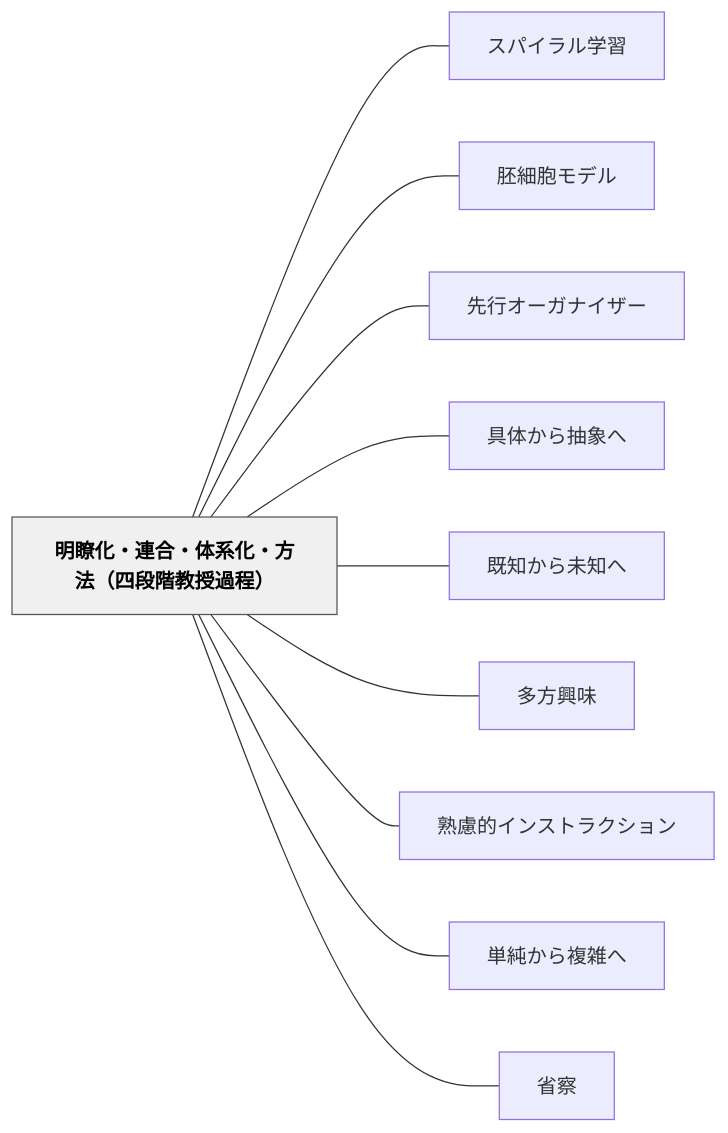
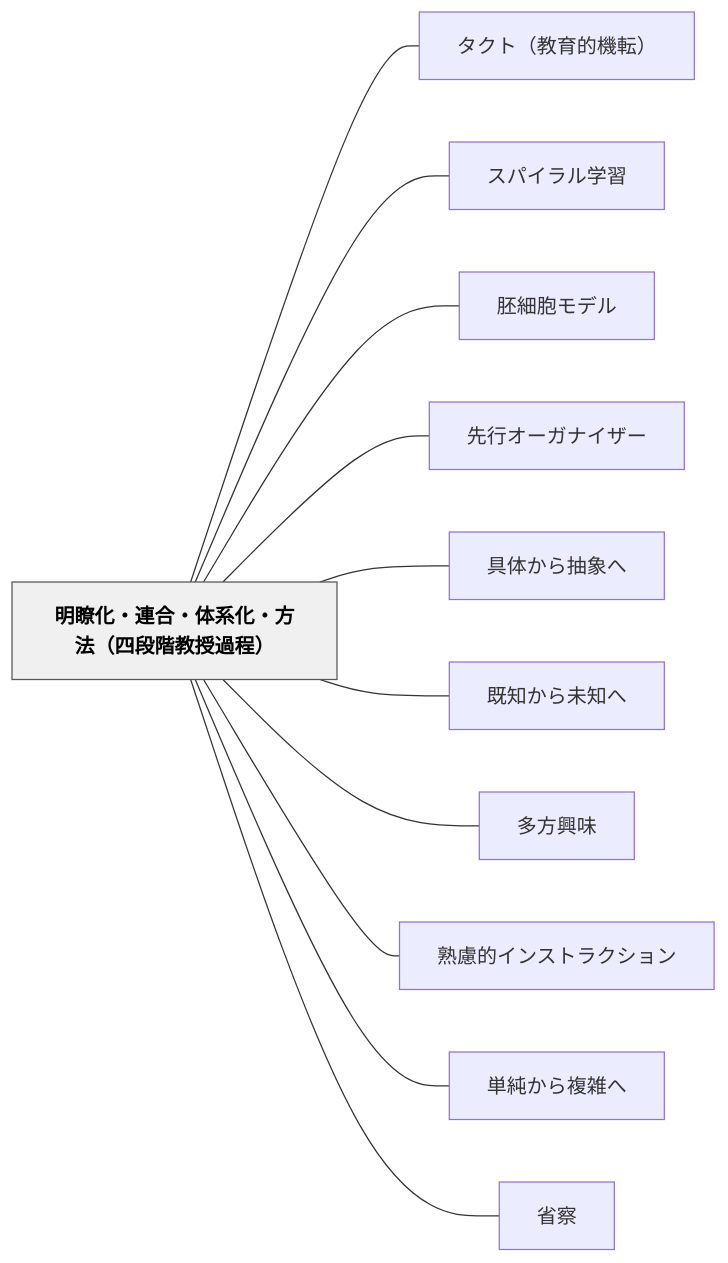
One commit to unknownthings-ed-patterns/unknownthings-ed-patterns changed the diagram in content/パタン/明瞭化・連合・体系化・方法（四段階教授過程）.md. Above: the diagram before and after it, drawn with Mermaid. The commit also changed other lines of this file and 12 other files, not shown here.

````diff
--- a/content/パタン/明瞭化・連合・体系化・方法（四段階教授過程）.md
+++ b/content/パタン/明瞭化・連合・体系化・方法（四段階教授過程）.md
@@ -118,26 +118,28 @@
 ```mermaid
 flowchart LR
     ne6988ee79eade58c96e383bbe980a3e59088e383bbe4bd93e7b3bbe58c96e383bbe696b9e6b395efbc88e59b9be6aeb5e99a8ee69599e68e88e9818ee7a88befbc89["明瞭化・連合・体系化・方法（四段階教授過程）"]
+    ne382bfe382afe38388efbc88e69599e882b2e79a84e6a99fe8bba2efbc89["タクト（教育的機転）"]
     ne382b9e38391e382a4e383a9e383abe5ada6e7bf92["スパイラル学習"]
     ne8839ae7b4b0e8839ee383a2e38387e383ab["胚細胞モデル"]
     ne58588e8a18ce382aae383bce382ace3838ae382a4e382b6e383bc["先行オーガナイザー"]
     ne585b7e4bd93e3818be38289e68abde8b1a1e381b8["具体から抽象へ"]
     ne697a2e79fa5e3818be38289e69caae79fa5e381b8["既知から未知へ"]
     ne5a49ae696b9e88888e591b3["多方興味"]
     ne7869fe685aee79a84e382a4e383b3e382b9e38388e383a9e382afe382b7e383a7e383b3["熟慮的インストラクション"]
     ne58d98e7b494e3818be38289e8a487e99b91e381b8["単純から複雑へ"]
     ne79c81e5af9f["省察"]
 
+    ne6988ee79eade58c96e383bbe980a3e59088e383bbe4bd93e7b3bbe58c96e383bbe696b9e6b395efbc88e59b9be6aeb5e99a8ee69599e68e88e9818ee7a88befbc89 --- ne382bfe382afe38388efbc88e69599e882b2e79a84e6a99fe8bba2efbc89
     ne6988ee79eade58c96e383bbe980a3e59088e383bbe4bd93e7b3bbe58c96e383bbe696b9e6b395efbc88e59b9be6aeb5e99a8ee69599e68e88e9818ee7a88befbc89 --- ne382b9e38391e382a4e383a9e383abe5ada6e7bf92
     ne6988ee79eade58c96e383bbe980a3e59088e383bbe4bd93e7b3bbe58c96e383bbe696b9e6b395efbc88e59b9be6aeb5e99a8ee69599e68e88e9818ee7a88befbc89 --- ne8839ae7b4b0e8839ee383a2e38387e383ab
     ne6988ee79eade58c96e383bbe980a3e59088e383bbe4bd93e7b3bbe58c96e383bbe696b9e6b395efbc88e59b9be6aeb5e99a8ee69599e68e88e9818ee7a88befbc89 --- ne58588e8a18ce382aae383bce382ace3838ae382a4e382b6e383bc
     ne6988ee79eade58c96e383bbe980a3e59088e383bbe4bd93e7b3bbe58c96e383bbe696b9e6b395efbc88e59b9be6aeb5e99a8ee69599e68e88e9818ee7a88befbc89 --- ne585b7e4bd93e3818be38289e68abde8b1a1e381b8
     ne6988ee79eade58c96e383bbe980a3e59088e383bbe4bd93e7b3bbe58c96e383bbe696b9e6b395efbc88e59b9be6aeb5e99a8ee69599e68e88e9818ee7a88befbc89 --- ne697a2e79fa5e3818be38289e69caae79fa5e381b8
     ne6988ee79eade58c96e383bbe980a3e59088e383bbe4bd93e7b3bbe58c96e383bbe696b9e6b395efbc88e59b9be6aeb5e99a8ee69599e68e88e9818ee7a88befbc89 --- ne5a49ae696b9e88888e591b3
     ne6988ee79eade58c96e383bbe980a3e59088e383bbe4bd93e7b3bbe58c96e383bbe696b9e6b395efbc88e59b9be6aeb5e99a8ee69599e68e88e9818ee7a88befbc89 --- ne7869fe685aee79a84e382a4e383b3e382b9e38388e383a9e382afe382b7e383a7e383b3
     ne6988ee79eade58c96e383bbe980a3e59088e383bbe4bd93e7b3bbe58c96e383bbe696b9e6b395efbc88e59b9be6aeb5e99a8ee69599e68e88e9818ee7a88befbc89 --- ne58d98e7b494e3818be38289e8a487e99b91e381b8
     ne6988ee79eade58c96e383bbe980a3e59088e383bbe4bd93e7b3bbe58c96e383bbe696b9e6b395efbc88e59b9be6aeb5e99a8ee69599e68e88e9818ee7a88befbc89 --- ne79c81e5af9f
 
     classDef hub fill:#f0f0f0,stroke:#555,color:#000,font-weight:bold
     class ne6988ee79eade58c96e383bbe980a3e59088e383bbe4bd93e7b3bbe58c96e383bbe696b9e6b395efbc88e59b9be6aeb5e99a8ee69599e68e88e9818ee7a88befbc89 hub
 ```
````
